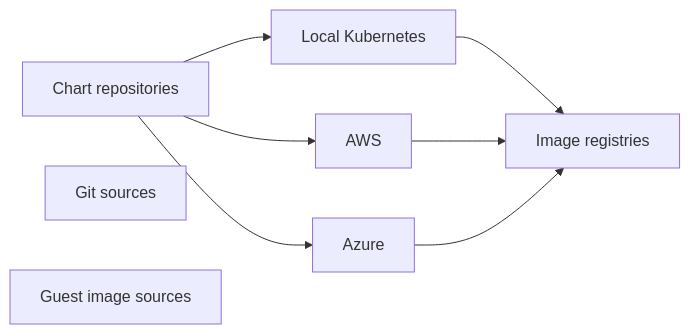
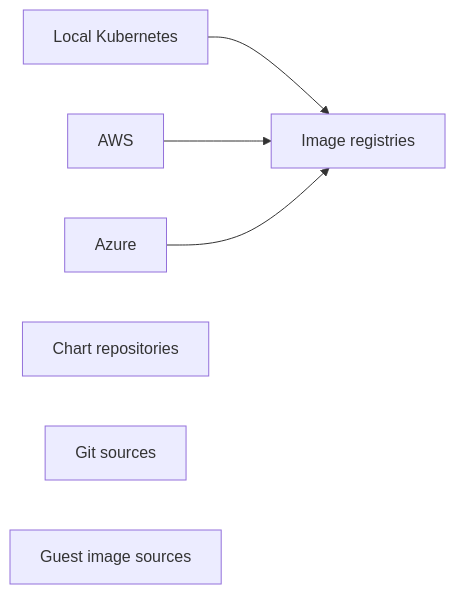
Before and after one commit to alissonsol/yuruna: the seventh of 7 diagrams in docs/design/02-component-breakdown.md, drawn with Mermaid. The commit also changed other lines of this file and 763 other files, not shown here.

````diff
--- a/docs/design/02-component-breakdown.md
+++ b/docs/design/02-component-breakdown.md
@@ -211,16 +234,13 @@
 ```mermaid
 flowchart LR
     global-resources-localhost["Local Kubernetes"]
     global-resources-aws["AWS"]
     global-resources-azure["Azure"]
     yuruna-component-registry["Image registries"]
     yuruna-workload["Chart repositories"]
     yuruna-github-source["Git sources"]
     yuruna-image["Guest image sources"]
     global-resources-localhost --> yuruna-component-registry
     global-resources-aws --> yuruna-component-registry
     global-resources-azure --> yuruna-component-registry
-    yuruna-workload --> global-resources-localhost
-    yuruna-workload --> global-resources-aws
-    yuruna-workload --> global-resources-azure
 ```
````
